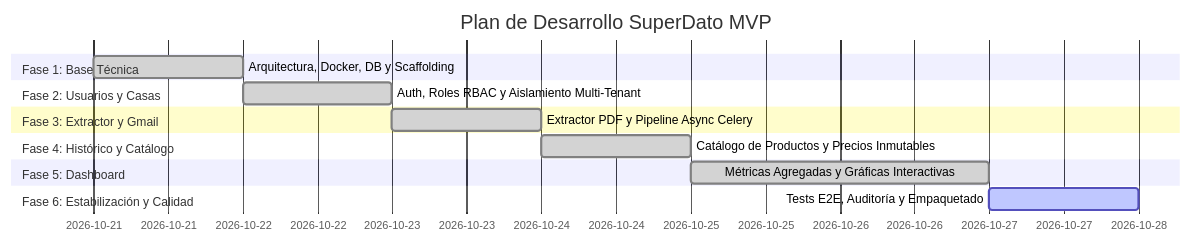
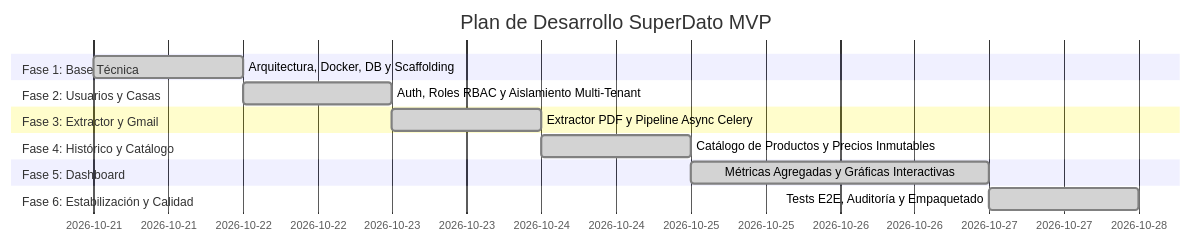
One commit to martin05mlg/SuperDato changed the diagram in docs/05_PLAN_DE_ENTREGAS_Y_PROGRESO.md. Above: the diagram before and after it, drawn with Mermaid. The commit also changed other lines of this file and 1 other file, not shown here.

````diff
--- a/docs/05_PLAN_DE_ENTREGAS_Y_PROGRESO.md
+++ b/docs/05_PLAN_DE_ENTREGAS_Y_PROGRESO.md
@@ -7,17 +7,17 @@
 ```mermaid
 gantt
     title Plan de Desarrollo SuperDato MVP
     dateFormat  YYYY-MM-DD
     section Fase 1: Base Técnica
     Arquitectura, Docker, DB y Scaffolding     :done,    p1, 2026-10-21, 1d
     section Fase 2: Usuarios y Casas
     Auth, Roles RBAC y Aislamiento Multi-Tenant:done,    p2, after p1, 1d
     section Fase 3: Extractor y Gmail
     Extractor PDF y Pipeline Async Celery      :done,    p3, after p2, 1d
     section Fase 4: Histórico y Catálogo
     Catálogo de Productos y Precios Inmutables :done,    p4, after p3, 1d
     section Fase 5: Dashboard
     Métricas Agregadas y Gráficas Interactivas :done,    p5, after p4, 2d
     section Fase 6: Estabilización y Calidad
-    Tests E2E, Auditoría y Empaquetado         :active,  p6, after p5, 1d
+    Tests E2E, Auditoría y Empaquetado         :done,    p6, after p5, 1d
 ```
````
